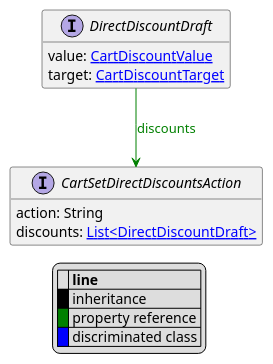
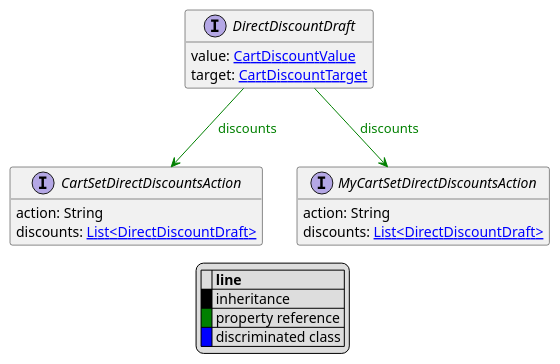
The diagram in uml/api/DirectDiscountDraft.puml (commercetools/commercetools-api-reference), drawn with PlantUML before and after one commit. The commit also changed 6 other files, not shown here.

```diff
--- a/uml/api/DirectDiscountDraft.puml
+++ b/uml/api/DirectDiscountDraft.puml
@@ -1,24 +1,29 @@
 @startuml
 
 hide empty fields
 hide empty methods
 legend
 |= |= line |
 |<back:black>   </back>| inheritance |
 |<back:green>   </back>| property reference |
 |<back:blue>   </back>| discriminated class |
 endlegend
 interface DirectDiscountDraft [[DirectDiscountDraft.svg]]  {
     value: [[CartDiscountValue.svg CartDiscountValue]]
     target: [[CartDiscountTarget.svg CartDiscountTarget]]
 }
 
 
 
 interface CartSetDirectDiscountsAction [[CartSetDirectDiscountsAction.svg]]  {
     action: String
     discounts: [[DirectDiscountDraft.svg List<DirectDiscountDraft>]]
 }
+interface MyCartSetDirectDiscountsAction [[MyCartSetDirectDiscountsAction.svg]]  {
+    action: String
+    discounts: [[DirectDiscountDraft.svg List<DirectDiscountDraft>]]
+}
 
 DirectDiscountDraft --> CartSetDirectDiscountsAction #green;text:green : "discounts"
+DirectDiscountDraft --> MyCartSetDirectDiscountsAction #green;text:green : "discounts"
 @enduml
```
